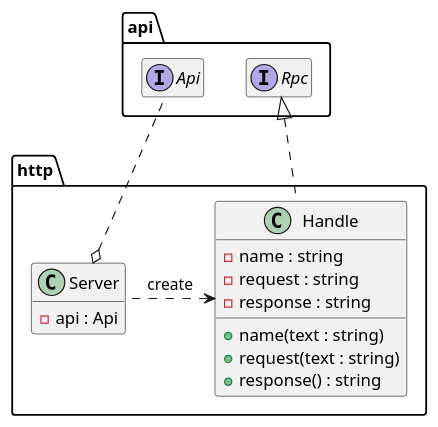
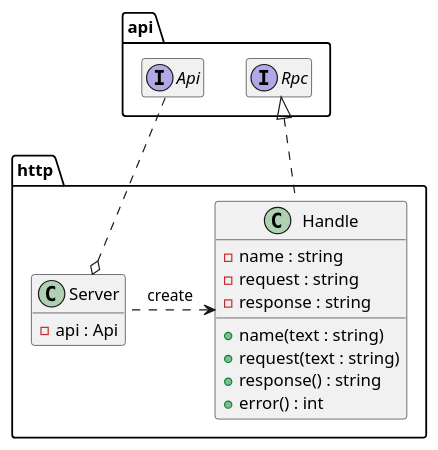
Before and after one commit to bonewell/moneybox: the diagram in uml/http-class.puml, drawn with PlantUML. The commit also changed 1 other file, not shown here.

Commit message:
Update UML

```diff
--- a/uml/http-class.puml
+++ b/uml/http-class.puml
@@ -1,24 +1,25 @@
 @startuml
 hide empty members
 namespace api {
     interface Api
     interface Rpc
 }
 namespace http {
     class Handle {
         - name : string
         - request : string
         - response : string
         + name(text : string)
         + request(text : string)
         + response() : string
+        + error() : int
     }
     class Server {
         - api : Api
     }
 
     api.Rpc <|.. Handle
     Handle <. Server : create
     Server o. api.Api
 }
 @enduml
```
